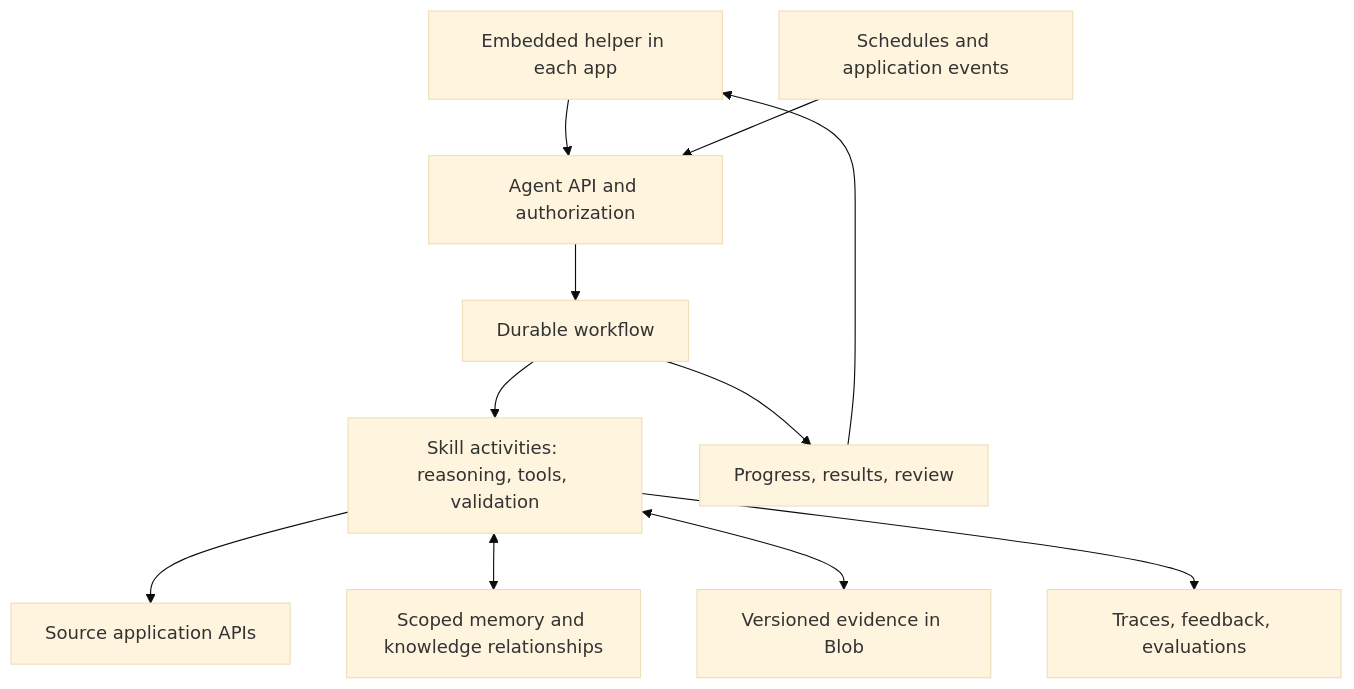
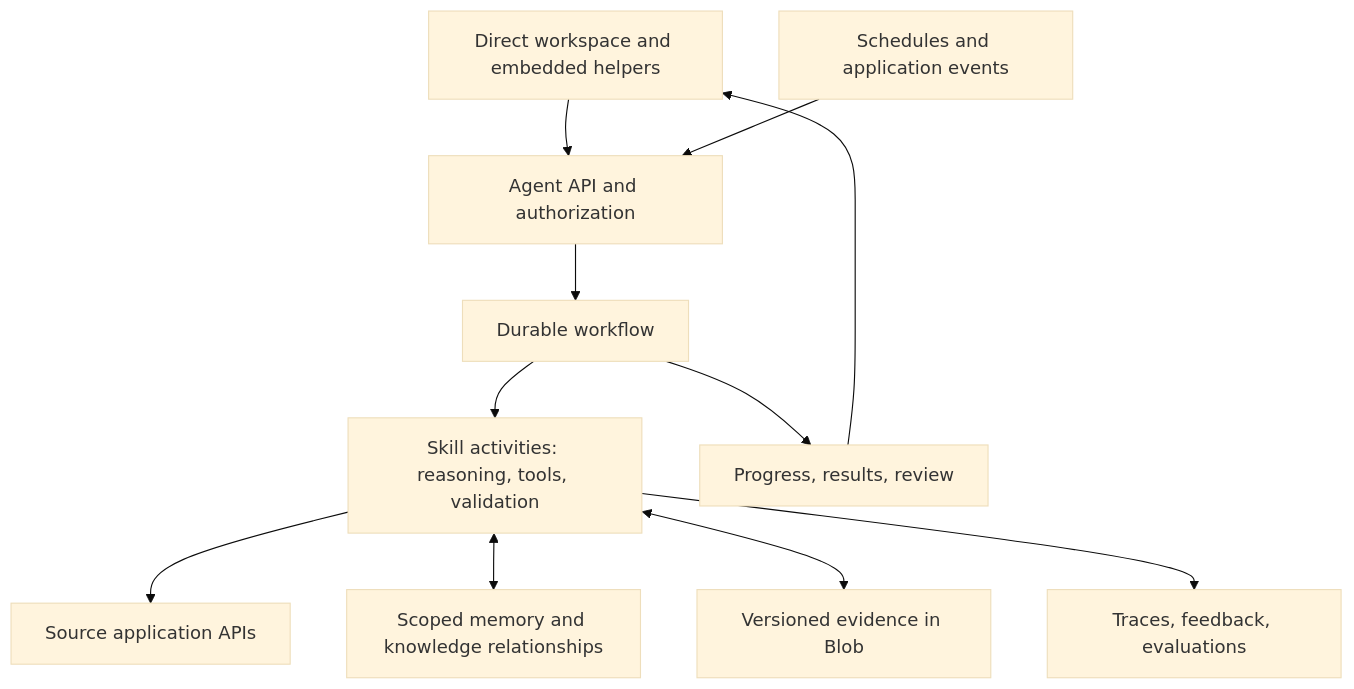
The diagram in docs/platform/alamoagent-build-spec.md (3wilsoneric/alamo-platform-app), drawn with Mermaid (base theme) before and after one commit. The commit also changed other lines of this file and 1 other file, not shown here.

First line of the commit message:
Define independent AlamoAgent workspace and connector boundaries

````diff
--- a/docs/platform/alamoagent-build-spec.md
+++ b/docs/platform/alamoagent-build-spec.md
@@ -154,13 +157,13 @@
 ```mermaid
 flowchart TD
-    A["Embedded helper in each app"] --> C["Agent API and authorization"]
+    A["Direct workspace and embedded helpers"] --> C["Agent API and authorization"]
     B["Schedules and application events"] --> C
     C --> D["Durable workflow"]
     D --> E["Skill activities: reasoning, tools, validation"]
     E --> F["Source application APIs"]
     E <--> G["Scoped memory and knowledge relationships"]
     E <--> H["Versioned evidence in Blob"]
     D --> I["Progress, results, review"]
     I --> A
     E --> J["Traces, feedback, evaluations"]
 ```
````
